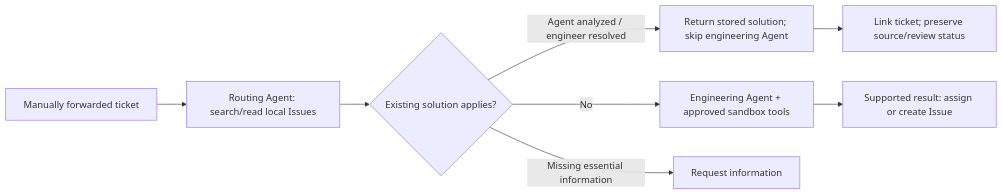
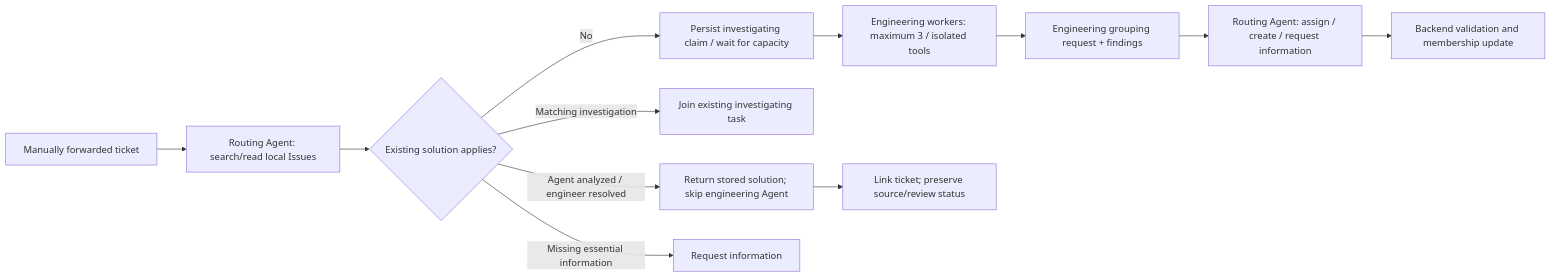
Before and after one commit to SDUzbh/esa: the diagram in docs/ISSUE_DIRECTORY.md, drawn with Mermaid. The commit also changed other lines of this file and 66 other files, not shown here.

Commit message:
Update Issue Management && Routing Agent

````diff
--- a/docs/ISSUE_DIRECTORY.md
+++ b/docs/ISSUE_DIRECTORY.md
@@ -7,10 +7,14 @@
 ```mermaid
 flowchart LR
     A["Manually forwarded ticket"] --> B["Routing Agent: search/read local Issues"]
     B --> C{"Existing solution applies?"}
     C -->|"Agent analyzed / engineer resolved"| D["Return stored solution; skip engineering Agent"]
-    C -->|"No"| E["Engineering Agent + approved sandbox tools"]
+    C -->|"Matching investigation"| Q["Join existing investigating task"]
+    C -->|"No"| W["Persist investigating claim / wait for capacity"]
+    W --> E["Engineering workers: maximum 3 / isolated tools"]
     C -->|"Missing essential information"| F["Request information"]
-    E --> G["Supported result: assign or create Issue"]
+    E --> G["Engineering grouping request + findings"]
+    G --> I["Routing Agent: assign / create / request information"]
+    I --> J["Backend validation and membership update"]
     D --> H["Link ticket; preserve source/review status"]
 ```
````
